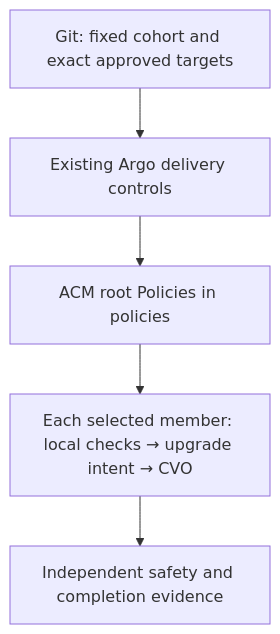
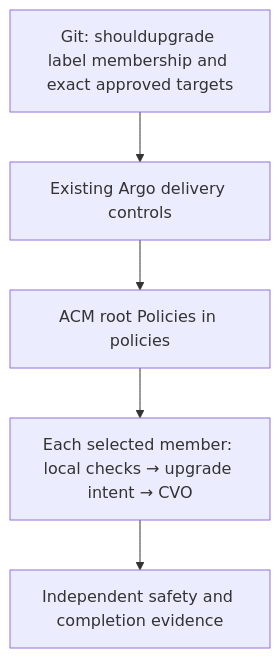
The diagram in docs/customer-cohort.md (ch-stark/upgradetesting), drawn with Mermaid before and after one commit. The commit also changed other lines of this file and 13 other files, not shown here.

Commit message:
Select all opted-in managed clusters with shouldupgrade label and local CVO gates

````diff
--- a/docs/customer-cohort.md
+++ b/docs/customer-cohort.md
@@ -15,7 +15,7 @@
 ```mermaid
 flowchart TD
-  git["Git: fixed cohort and exact approved targets"] --> delivery["Existing Argo delivery controls"]
+  git["Git: shouldupgrade label membership and exact approved targets"] --> delivery["Existing Argo delivery controls"]
   delivery --> root["ACM root Policies in policies"]
   root --> member["Each selected member: local checks → upgrade intent → CVO"]
   member --> observations["Independent safety and completion evidence"]
 ```
````
